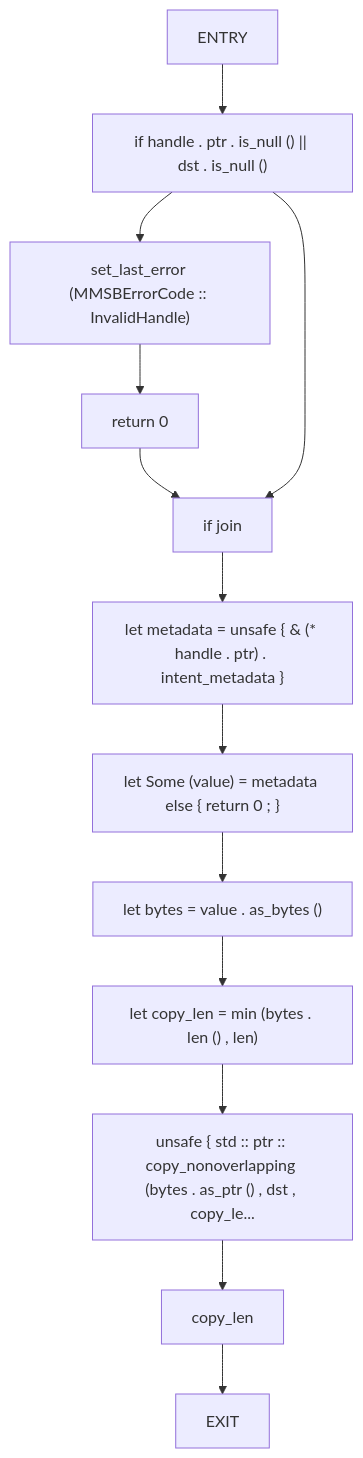
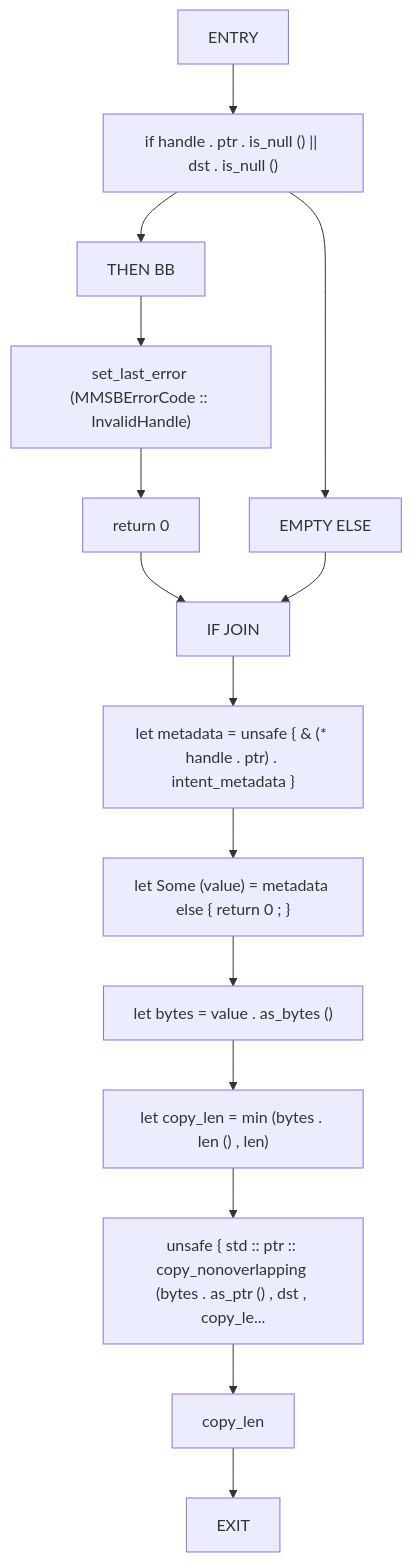
Diagram 15 of 56 in docs/analysis/cfg/080-src-ffi_rs.md (cicero-violate/MMSB), drawn with Mermaid before and after one commit. The commit also changed other lines of this file and 865 other files, not shown here.

````diff
--- a/docs/analysis/cfg/080-src-ffi_rs.md
+++ b/docs/analysis/cfg/080-src-ffi_rs.md
@@ -525,27 +526,31 @@
 ```mermaid
 flowchart TD
     mmsb_delta_copy_intent_metadata_0["ENTRY"]
     mmsb_delta_copy_intent_metadata_1["if handle . ptr . is_null () || dst . is_null ()"]
-    mmsb_delta_copy_intent_metadata_2["set_last_error (MMSBErrorCode :: InvalidHandle)"]
-    mmsb_delta_copy_intent_metadata_3["return 0"]
-    mmsb_delta_copy_intent_metadata_4["if join"]
-    mmsb_delta_copy_intent_metadata_5["let metadata = unsafe { & (* handle . ptr) . intent_metadata }"]
-    mmsb_delta_copy_intent_metadata_6["let Some (value) = metadata else { return 0 ; }"]
-    mmsb_delta_copy_intent_metadata_7["let bytes = value . as_bytes ()"]
-    mmsb_delta_copy_intent_metadata_8["let copy_len = min (bytes . len () , len)"]
-    mmsb_delta_copy_intent_metadata_9["unsafe { std :: ptr :: copy_nonoverlapping (bytes . as_ptr () , dst , copy_le..."]
-    mmsb_delta_copy_intent_metadata_10["copy_len"]
-    mmsb_delta_copy_intent_metadata_11["EXIT"]
+    mmsb_delta_copy_intent_metadata_2["THEN BB"]
+    mmsb_delta_copy_intent_metadata_3["set_last_error (MMSBErrorCode :: InvalidHandle)"]
+    mmsb_delta_copy_intent_metadata_4["return 0"]
+    mmsb_delta_copy_intent_metadata_5["EMPTY ELSE"]
+    mmsb_delta_copy_intent_metadata_6["IF JOIN"]
+    mmsb_delta_copy_intent_metadata_7["let metadata = unsafe { & (* handle . ptr) . intent_metadata }"]
+    mmsb_delta_copy_intent_metadata_8["let Some (value) = metadata else { return 0 ; }"]
+    mmsb_delta_copy_intent_metadata_9["let bytes = value . as_bytes ()"]
+    mmsb_delta_copy_intent_metadata_10["let copy_len = min (bytes . len () , len)"]
+    mmsb_delta_copy_intent_metadata_11["unsafe { std :: ptr :: copy_nonoverlapping (bytes . as_ptr () , dst , copy_le..."]
+    mmsb_delta_copy_intent_metadata_12["copy_len"]
+    mmsb_delta_copy_intent_metadata_13["EXIT"]
     mmsb_delta_copy_intent_metadata_0 --> mmsb_delta_copy_intent_metadata_1
     mmsb_delta_copy_intent_metadata_1 --> mmsb_delta_copy_intent_metadata_2
     mmsb_delta_copy_intent_metadata_2 --> mmsb_delta_copy_intent_metadata_3
     mmsb_delta_copy_intent_metadata_3 --> mmsb_delta_copy_intent_metadata_4
-    mmsb_delta_copy_intent_metadata_1 --> mmsb_delta_copy_intent_metadata_4
-    mmsb_delta_copy_intent_metadata_4 --> mmsb_delta_copy_intent_metadata_5
+    mmsb_delta_copy_intent_metadata_1 --> mmsb_delta_copy_intent_metadata_5
+    mmsb_delta_copy_intent_metadata_4 --> mmsb_delta_copy_intent_metadata_6
     mmsb_delta_copy_intent_metadata_5 --> mmsb_delta_copy_intent_metadata_6
     mmsb_delta_copy_intent_metadata_6 --> mmsb_delta_copy_intent_metadata_7
     mmsb_delta_copy_intent_metadata_7 --> mmsb_delta_copy_intent_metadata_8
     mmsb_delta_copy_intent_metadata_8 --> mmsb_delta_copy_intent_metadata_9
     mmsb_delta_copy_intent_metadata_9 --> mmsb_delta_copy_intent_metadata_10
     mmsb_delta_copy_intent_metadata_10 --> mmsb_delta_copy_intent_metadata_11
+    mmsb_delta_copy_intent_metadata_11 --> mmsb_delta_copy_intent_metadata_12
+    mmsb_delta_copy_intent_metadata_12 --> mmsb_delta_copy_intent_metadata_13
 ```
````
